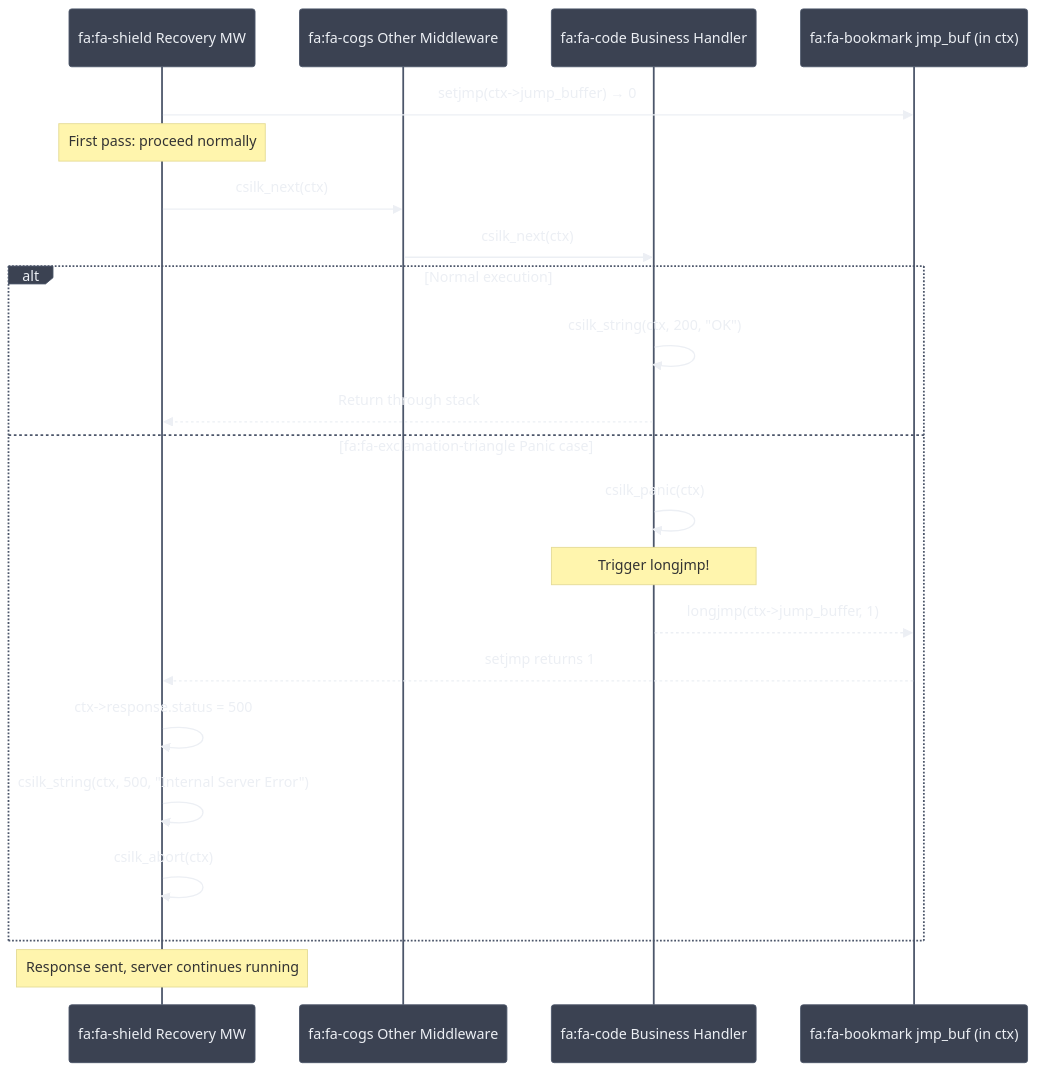
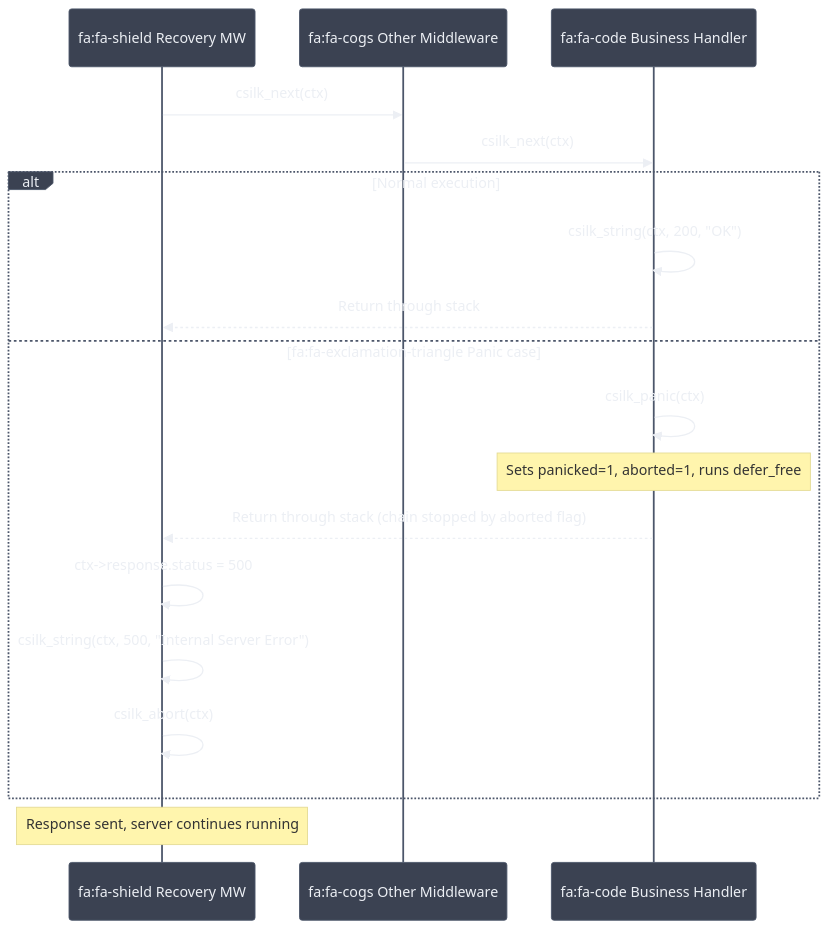
One commit to quintin-lee/csilk changed the sixth of 12 diagrams in docs/architecture.md. Above: the diagram before and after it, drawn with Mermaid. The commit also changed 5 other files, not shown here.

Commit message:
docs: 📝 align ctx/router docs with current code — remove jump_buffer, fix bucket count, update panic model, document match_result API

````diff
--- a/docs/architecture.md
+++ b/docs/architecture.md
@@ -385,48 +385,47 @@
 ```mermaid
 %%{init: {
   'theme': 'base',
   'themeVariables': {
     'background': '#2E3440',
     'primaryColor': '#81A1C1',
     'primaryBorderColor': '#4C566A',
     'primaryTextColor': '#ECEFF4',
     'secondaryColor': '#3B4252',
     'secondaryBorderColor': '#434C5E',
     'secondaryTextColor': '#D8DEE9',
     'lineColor': '#81A1C1',
     'textColor': '#ECEFF4',
     'mainBkg': '#3B4252',
     'nodeBorder': '#4C566A',
     'clusterBkg': '#2E3440',
     'clusterBorder': '#4C566A',
     'titleColor': '#ECEFF4',
     'edgeLabelBackground': '#3B4252',
     'nodeTextColor': '#ECEFF4'
   }
 }}%%
 sequenceDiagram
     participant REC as fa:fa-shield Recovery MW
     participant MW as fa:fa-cogs Other Middleware
     participant H as fa:fa-code Business Handler
-    participant JB as fa:fa-bookmark jmp_buf (in ctx)
+    participant REC as fa:fa-shield Recovery MW
+    participant MW as fa:fa-cogs Other Middleware
+    participant H as fa:fa-code Business Handler
 
-    REC->>JB: setjmp(ctx->jump_buffer) → 0
-    Note over REC: First pass: proceed normally
     REC->>MW: csilk_next(ctx)
     MW->>H: csilk_next(ctx)
 
     alt Normal execution
         H->>H: csilk_string(ctx, 200, "OK")
         H-->>REC: Return through stack
     else fa:fa-exclamation-triangle Panic case
         H->>H: csilk_panic(ctx)
-        Note over H: Trigger longjmp!
-        H-->>JB: longjmp(ctx->jump_buffer, 1)
-        JB-->>REC: setjmp returns 1
+        Note over H: Sets panicked=1, aborted=1, runs defer_free
+        H-->>REC: Return through stack (chain stopped by aborted flag)
         REC->>REC: ctx->response.status = 500
         REC->>REC: csilk_string(ctx, 500, "Internal Server Error")
         REC->>REC: csilk_abort(ctx)
     end
 
     Note over REC: Response sent, server continues running
 ```
````
